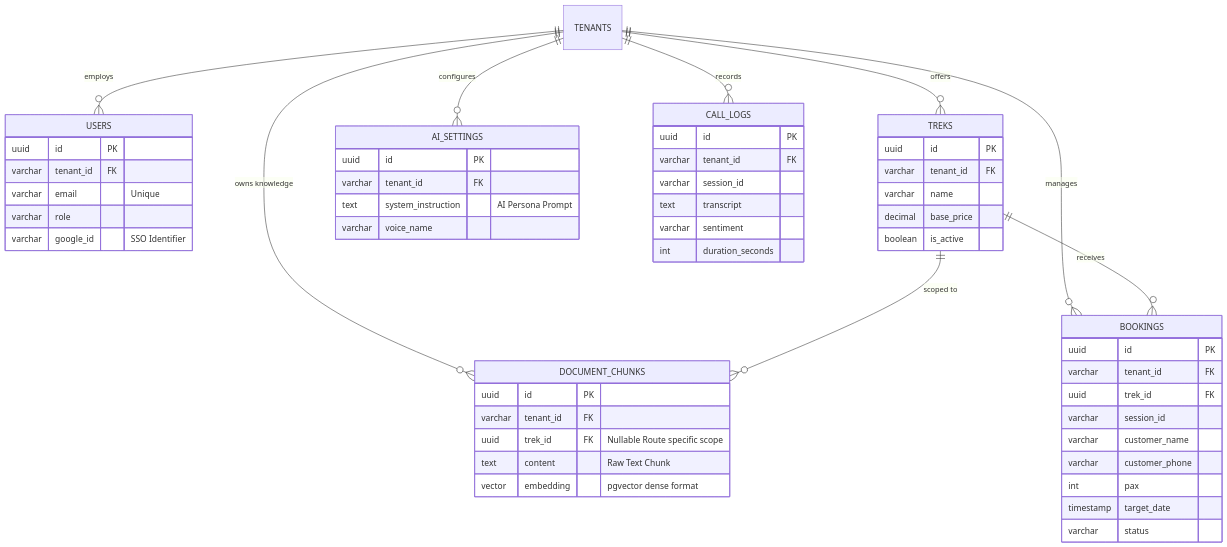
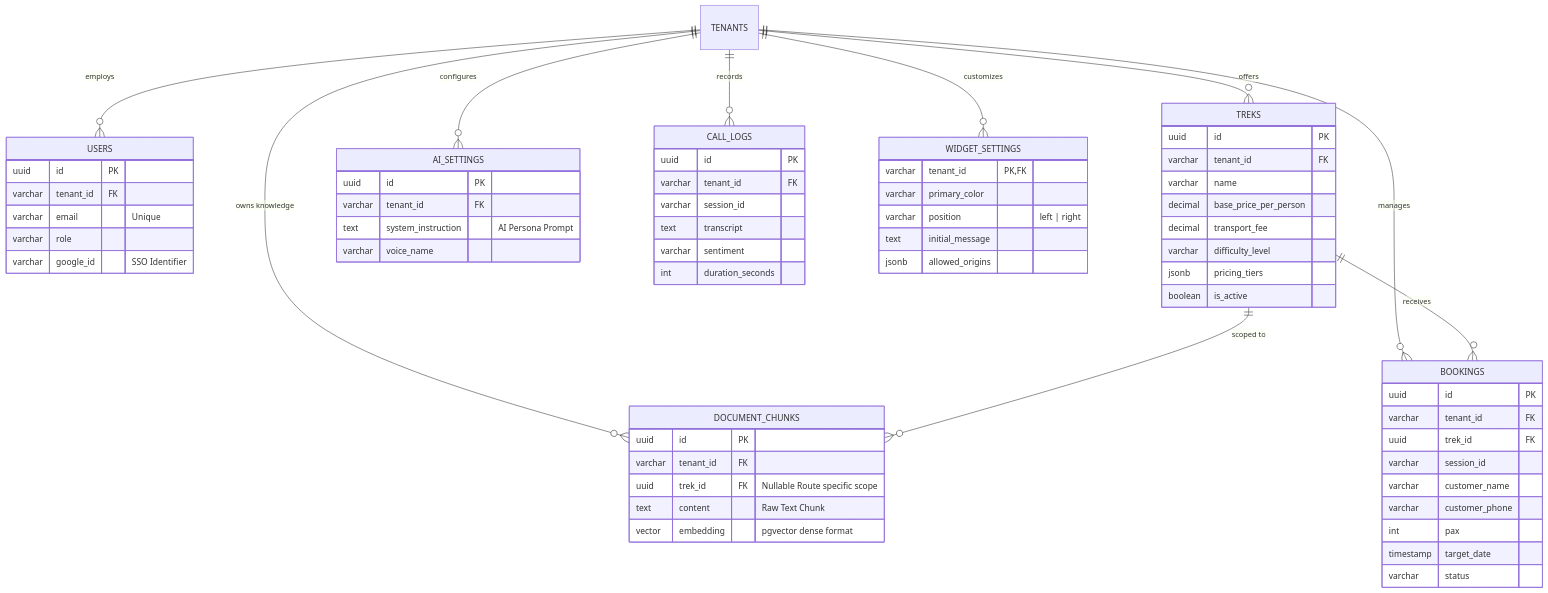
Before and after one commit to udaaraSH23/TrekDeskAI: the diagram in trekdesk-backend-prod/docs/05_Database_Schema.md, drawn with Mermaid. The commit also changed other lines of this file and 62 other files, not shown here.

````diff
--- a/trekdesk-backend-prod/docs/05_Database_Schema.md
+++ b/trekdesk-backend-prod/docs/05_Database_Schema.md
@@ -11,64 +11,76 @@
 ```mermaid
 erDiagram
     TENANTS ||--o{ USERS : "employs"
     TENANTS ||--o{ TREKS : "offers"
     TENANTS ||--o{ AI_SETTINGS : "configures"
     TENANTS ||--o{ CALL_LOGS : "records"
     TENANTS ||--o{ DOCUMENT_CHUNKS : "owns knowledge"
     TENANTS ||--o{ BOOKINGS : "manages"
+    TENANTS ||--o{ WIDGET_SETTINGS : "customizes"
 
     TREKS ||--o{ DOCUMENT_CHUNKS : "scoped to"
     TREKS ||--o{ BOOKINGS : "receives"
 
     USERS {
         uuid id PK
         varchar tenant_id FK
         varchar email "Unique"
         varchar role
         varchar google_id "SSO Identifier"
     }
 
     TREKS {
         uuid id PK
         varchar tenant_id FK
         varchar name
-        decimal base_price
+        decimal base_price_per_person
+        decimal transport_fee
+        varchar difficulty_level
+        jsonb pricing_tiers
         boolean is_active
     }
 
     AI_SETTINGS {
         uuid id PK
         varchar tenant_id FK
         text system_instruction "AI Persona Prompt"
         varchar voice_name
+    }
+
+    WIDGET_SETTINGS {
+        varchar tenant_id PK, FK
+        varchar primary_color
+        varchar position "left | right"
+        text initial_message
+        jsonb allowed_origins
     }
 
     DOCUMENT_CHUNKS {
         uuid id PK
         varchar tenant_id FK
         uuid trek_id FK "Nullable Route specific scope"
         text content "Raw Text Chunk"
         vector embedding "pgvector dense format"
     }
 
     CALL_LOGS {
         uuid id PK
         varchar tenant_id FK
         varchar session_id
         text transcript
         varchar sentiment
         int duration_seconds
     }
 
     BOOKINGS {
         uuid id PK
         varchar tenant_id FK
         uuid trek_id FK
         varchar session_id
         varchar customer_name
         varchar customer_phone
         int pax
         timestamp target_date
         varchar status
     }
 ```
````
